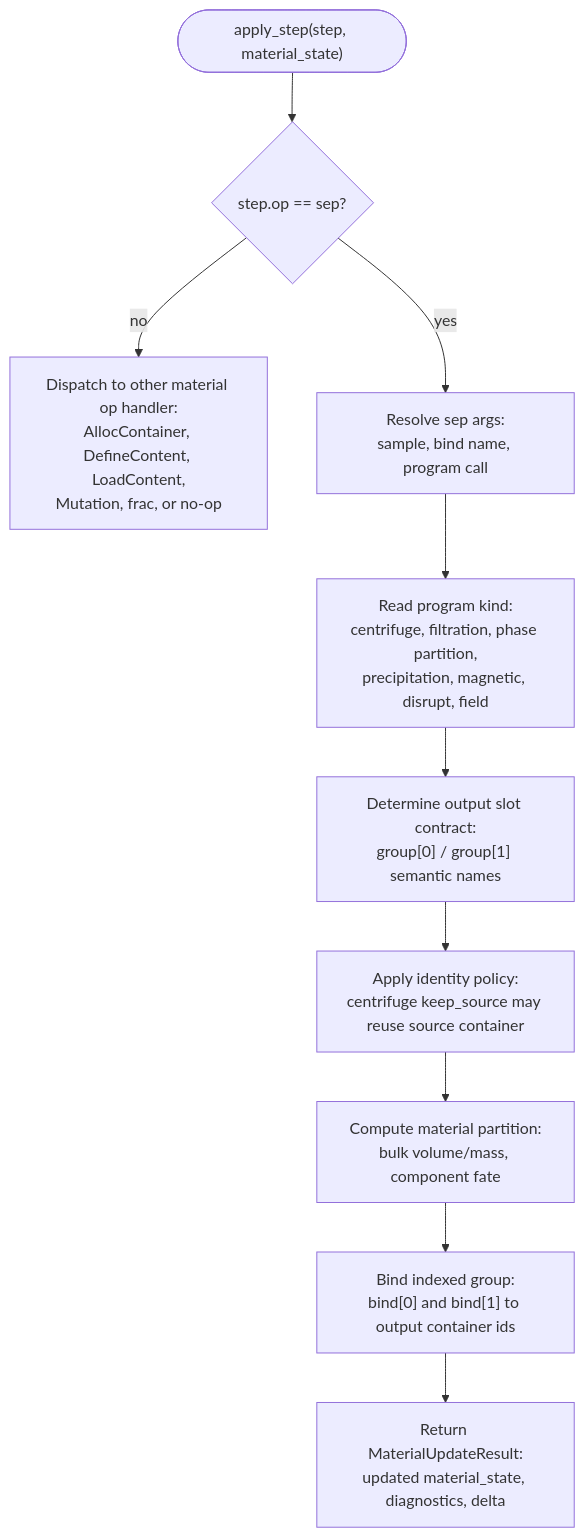
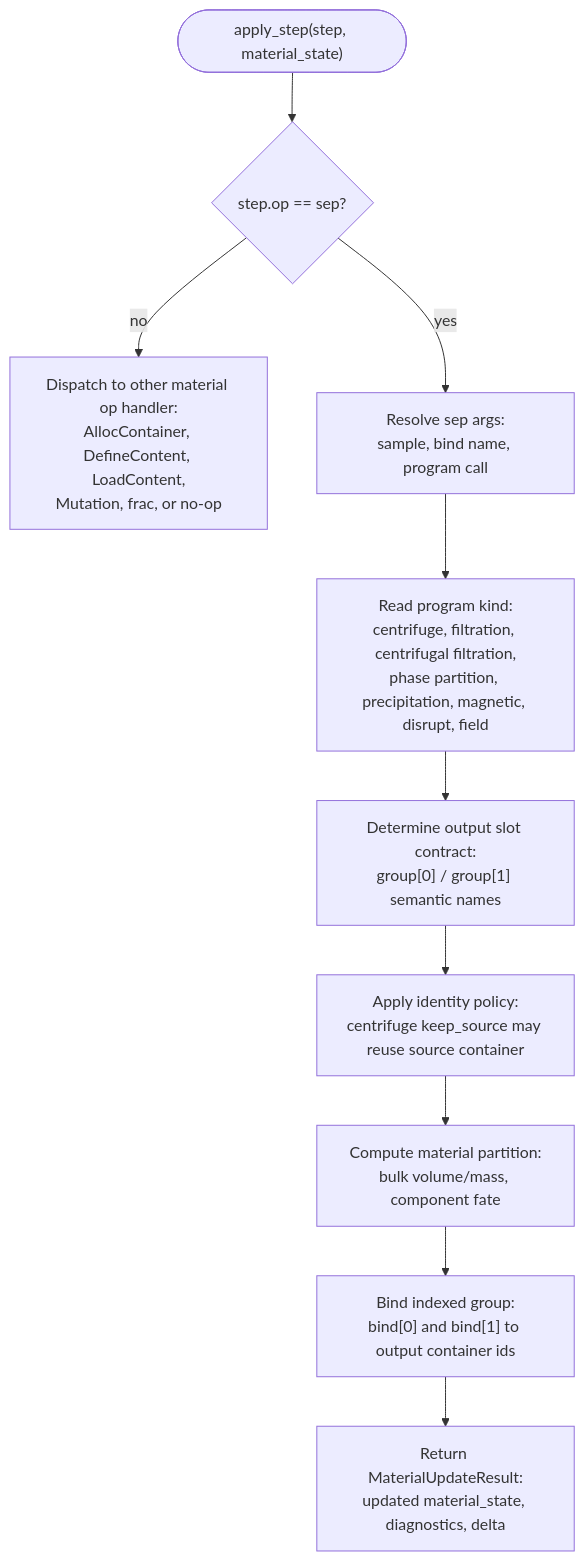
Before and after one commit to culsma/culsma: the fifth of 11 diagrams in docs/architecture/runtime_module_diagrams.md, drawn with Mermaid. The commit also changed other lines of this file and 14 other files, not shown here.

Commit message:
feat: add centrifugal filtration program

````diff
--- a/docs/architecture/runtime_module_diagrams.md
+++ b/docs/architecture/runtime_module_diagrams.md
@@ -217,23 +217,23 @@
 ```mermaid
 flowchart TB
     Start(["apply_step(step, material_state)"])
     Op{"step.op == sep?"}
     Other["Dispatch to other material op handler:<br/>AllocContainer, DefineContent, LoadContent,<br/>Mutation, frac, or no-op"]
     Resolve["Resolve sep args:<br/>sample, bind name, program call"]
-    Program["Read program kind:<br/>centrifuge, filtration, phase partition,<br/>precipitation, magnetic, disrupt, field"]
+    Program["Read program kind:<br/>centrifuge, filtration, centrifugal filtration,<br/>phase partition, precipitation, magnetic, disrupt, field"]
     Slots["Determine output slot contract:<br/>group[0] / group[1] semantic names"]
     Identity["Apply identity policy:<br/>centrifuge keep_source may reuse source container"]
     Partition["Compute material partition:<br/>bulk volume/mass, component fate"]
     Bind["Bind indexed group:<br/>bind[0] and bind[1] to output container ids"]
     Delta["Return MaterialUpdateResult:<br/>updated material_state, diagnostics, delta"]
 
     Start --> Op
     Op -->|no| Other
     Op -->|yes| Resolve
     Resolve --> Program
     Program --> Slots
     Slots --> Identity
     Identity --> Partition
     Partition --> Bind
     Bind --> Delta
 ```
````
